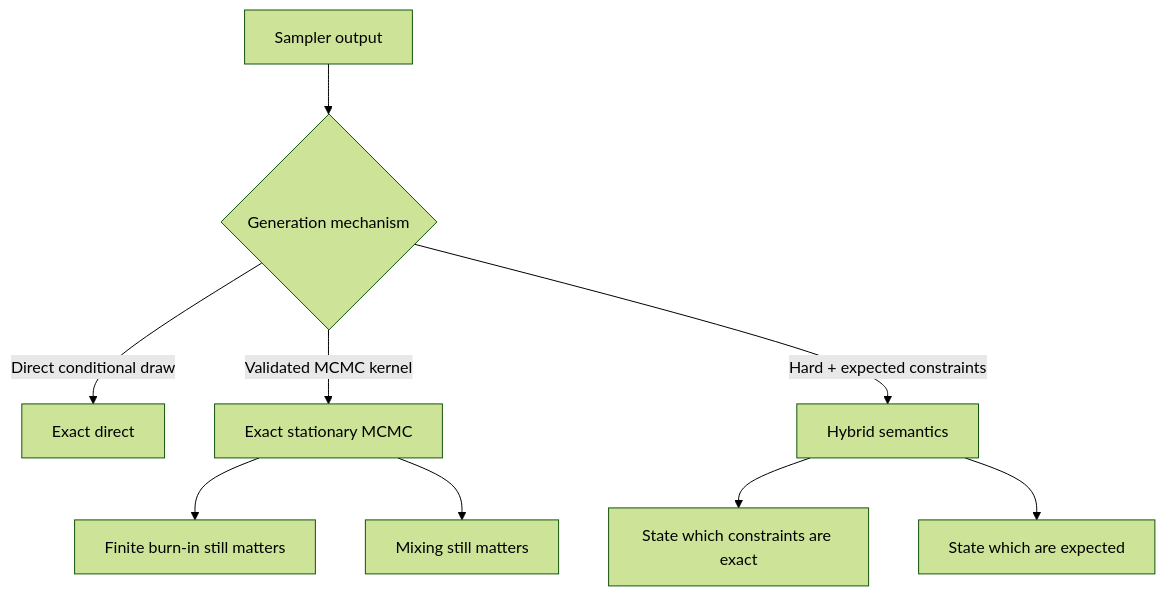
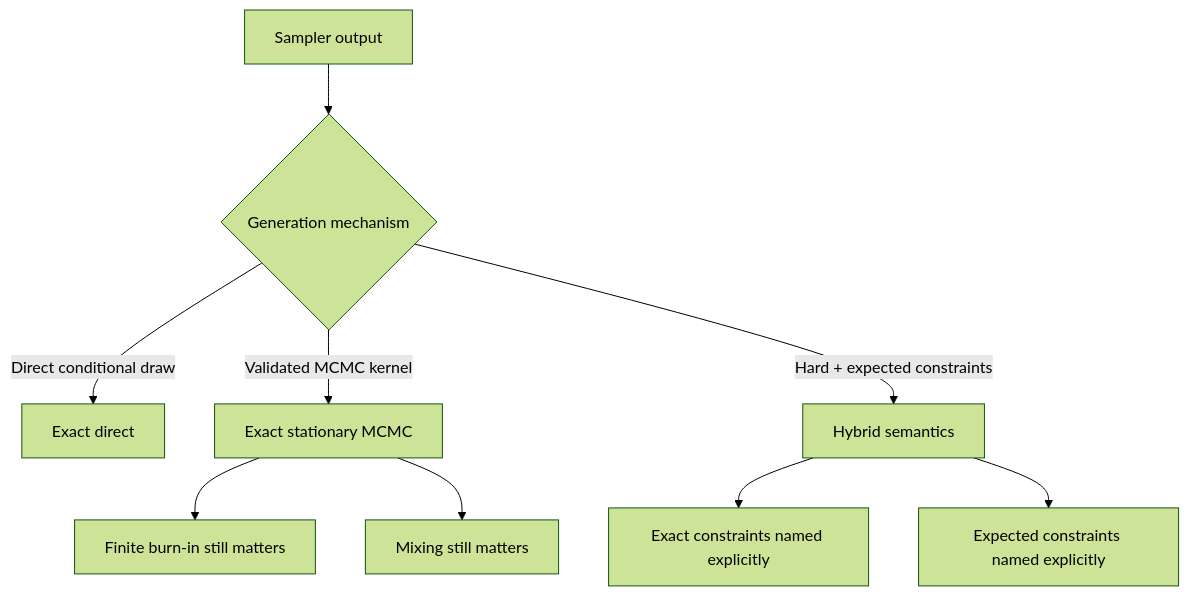
Before and after one commit to uladribia/menobis: the diagram in docs/performance/validation.md, drawn with Mermaid (forest theme). The commit also changed 8 other files, not shown here.

````diff
--- a/docs/performance/validation.md
+++ b/docs/performance/validation.md
@@ -62,12 +62,12 @@
 ```mermaid
 flowchart TD
     A[Sampler output] --> B{Generation mechanism}
     B -->|Direct conditional draw| D[Exact direct]
     B -->|Validated MCMC kernel| M[Exact stationary MCMC]
     B -->|Hard + expected constraints| H[Hybrid semantics]
 
     M --> BI[Finite burn-in still matters]
     M --> MI[Mixing still matters]
-    H --> EX[State which constraints are exact]
-    H --> EP[State which are expected]
+    H --> EX[Exact constraints named explicitly]
+    H --> EP[Expected constraints named explicitly]
 ```
````
